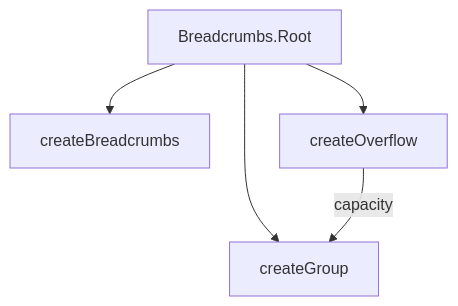
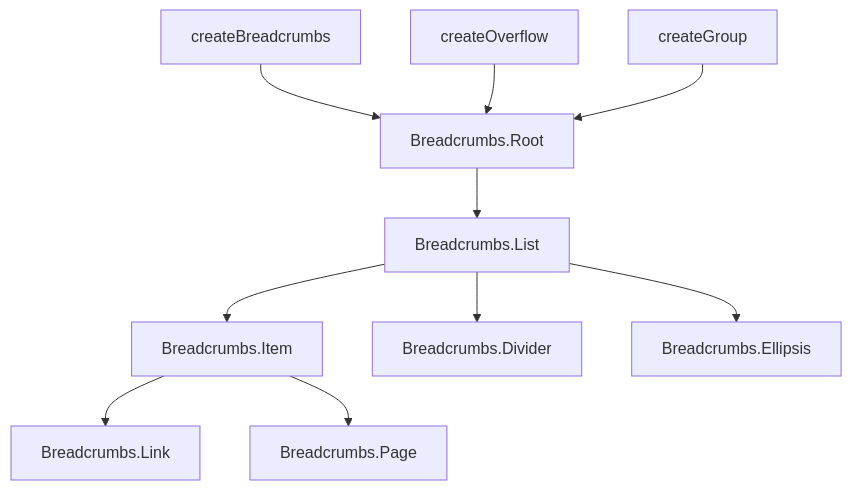
The diagram in apps/docs/src/pages/components/semantic/breadcrumbs.md (vuetifyjs/0), drawn with Mermaid before and after one commit. The commit also changed other lines of this file and 1 other file, not shown here.

Commit message:
chore: clean-up

````diff
--- a/apps/docs/src/pages/components/semantic/breadcrumbs.md
+++ b/apps/docs/src/pages/components/semantic/breadcrumbs.md
@@ -71,12 +73,23 @@
 ```mermaid "Breadcrumbs Architecture"
 flowchart TD
-  Root["Breadcrumbs.Root"]
   Breadcrumbs["createBreadcrumbs"]
+  Overflow["createOverflow"]
   Group["createGroup"]
-  Overflow["createOverflow"]
+  Root["Breadcrumbs.Root"]:::primary
+  List["Breadcrumbs.List"]
+  Item["Breadcrumbs.Item"]
+  Divider["Breadcrumbs.Divider"]
+  Ellipsis["Breadcrumbs.Ellipsis"]
+  Link["Breadcrumbs.Link"]
+  Page["Breadcrumbs.Page"]
 
-  Root --> Breadcrumbs
-  Root --> Group
-  Root --> Overflow
-  Overflow -->|"capacity"| Group
+  Breadcrumbs --> Root
+  Overflow --> Root
+  Group --> Root
+  Root --> List
+  List --> Item
+  List --> Divider
+  List --> Ellipsis
+  Item --> Link
+  Item --> Page
 ```
````
